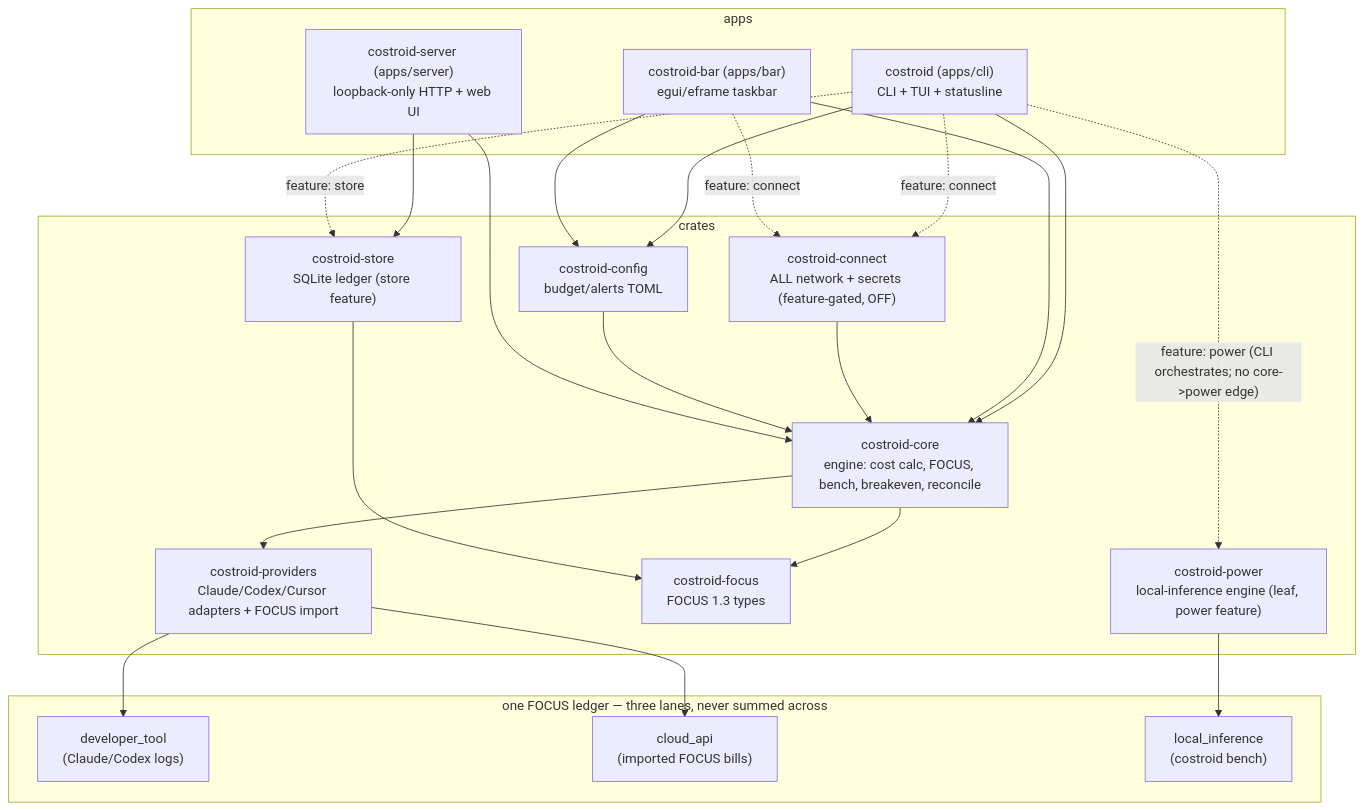
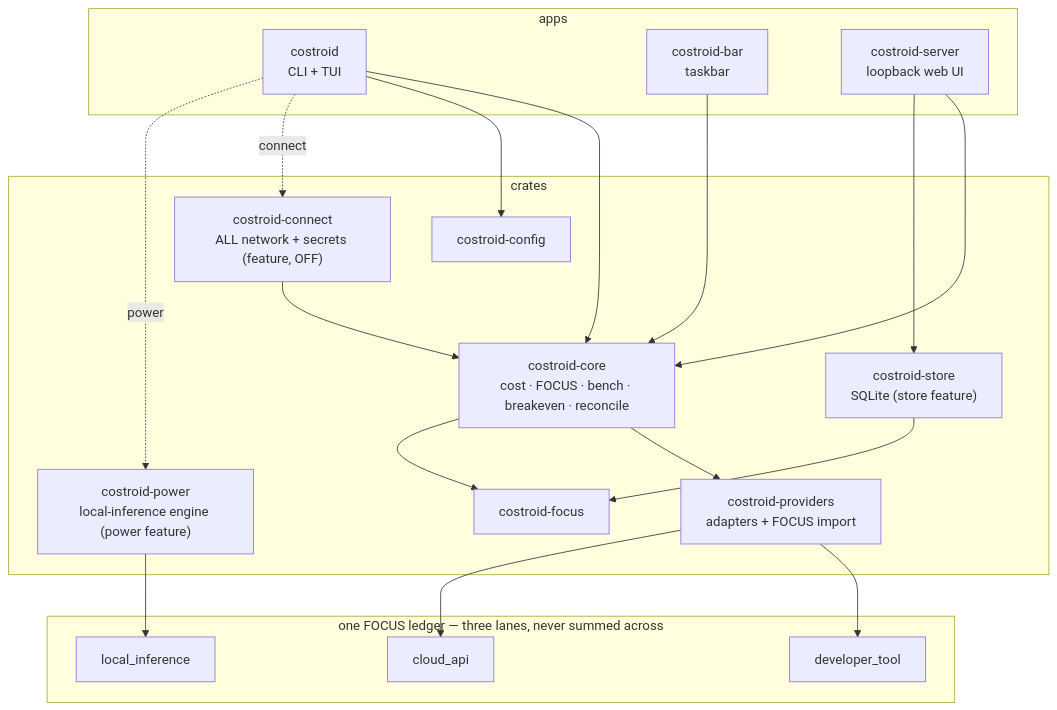
One commit to Costroid/costroid changed the diagram in README.md. Above: the diagram before and after it, drawn with Mermaid. The commit also changed other lines of this file and 7 other files, not shown here.

````diff
--- a/README.md
+++ b/README.md
@@ -127,42 +82,36 @@
 ```mermaid
 flowchart TD
-  subgraph apps["apps"]
-    cli["costroid (apps/cli)<br/>CLI + TUI + statusline"]
-    bar["costroid-bar (apps/bar)<br/>egui/eframe taskbar"]
-    server["costroid-server (apps/server)<br/>loopback-only HTTP + web UI"]
+  subgraph apps
+    cli["costroid<br/>CLI + TUI"]
+    bar["costroid-bar<br/>taskbar"]
+    server["costroid-server<br/>loopback web UI"]
   end
-  subgraph crates["crates"]
-    core["costroid-core<br/>engine: cost calc, FOCUS, bench, breakeven, reconcile"]
-    providers["costroid-providers<br/>Claude/Codex/Cursor adapters + FOCUS import"]
-    focus["costroid-focus<br/>FOCUS 1.3 types"]
-    config["costroid-config<br/>budget/alerts TOML"]
-    connect["costroid-connect<br/>ALL network + secrets (feature-gated, OFF)"]
-    power["costroid-power<br/>local-inference engine (leaf, power feature)"]
-    store["costroid-store<br/>SQLite ledger (store feature)"]
+  subgraph crates
+    core["costroid-core<br/>cost · FOCUS · bench · breakeven · reconcile"]
+    providers["costroid-providers<br/>adapters + FOCUS import"]
+    focus["costroid-focus"]
+    config["costroid-config"]
+    connect["costroid-connect<br/>ALL network + secrets (feature, OFF)"]
+    power["costroid-power<br/>local-inference engine (power feature)"]
+    store["costroid-store<br/>SQLite (store feature)"]
   end
-
   cli --> core
   cli --> config
   bar --> core
-  bar --> config
-  cli -. "feature: connect" .-> connect
-  bar -. "feature: connect" .-> connect
+  cli -. connect .-> connect
   connect --> core
   core --> providers
   core --> focus
-  config --> core
   server --> core
   server --> store
   store --> focus
-  cli -. "feature: power (CLI orchestrates; no core->power edge)" .-> power
-  cli -. "feature: store" .-> store
-
+  cli -. power .-> power
   subgraph lanes["one FOCUS ledger — three lanes, never summed across"]
-    dev["developer_tool<br/>(Claude/Codex logs)"]
-    cloud["cloud_api<br/>(imported FOCUS bills)"]
-    local["local_inference<br/>(costroid bench)"]
+    dev[developer_tool]
+    cloud[cloud_api]
+    local[local_inference]
   end
   providers --> dev
   providers --> cloud
   power --> local
 ```
````
